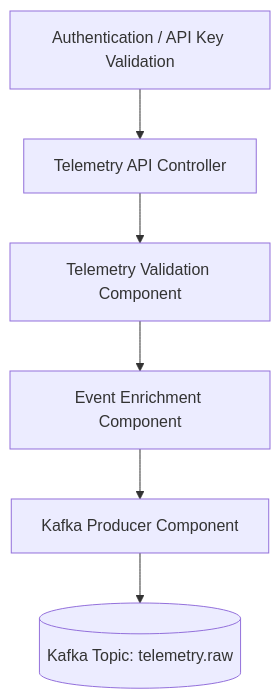
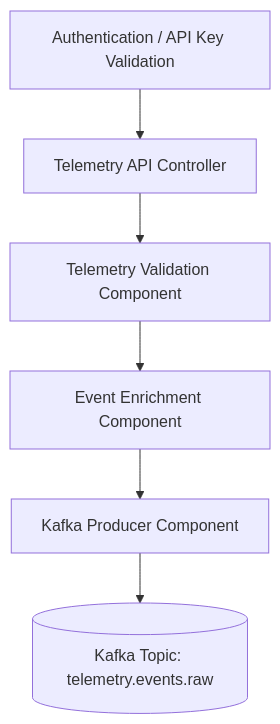
The third of 4 diagrams in docs/architecture/c4-model.md (ME-Massine/pulsestream), drawn with Mermaid before and after one commit. The commit also changed other lines of this file and 5 other files, not shown here.

Commit message:
docs: fix architecture documentation consistency issues (#55)

````diff
--- a/docs/architecture/c4-model.md
+++ b/docs/architecture/c4-model.md
@@ -120,9 +120,9 @@
 ```mermaid
 flowchart TB
     A[Telemetry API Controller] --> B[Telemetry Validation Component]
     B --> C[Event Enrichment Component]
     C --> D[Kafka Producer Component]
-    D --> E[(Kafka Topic: telemetry.raw)]
+    D --> E[(Kafka Topic: telemetry.events.raw)]
 
     F[Authentication / API Key Validation] --> A
 ```
````
